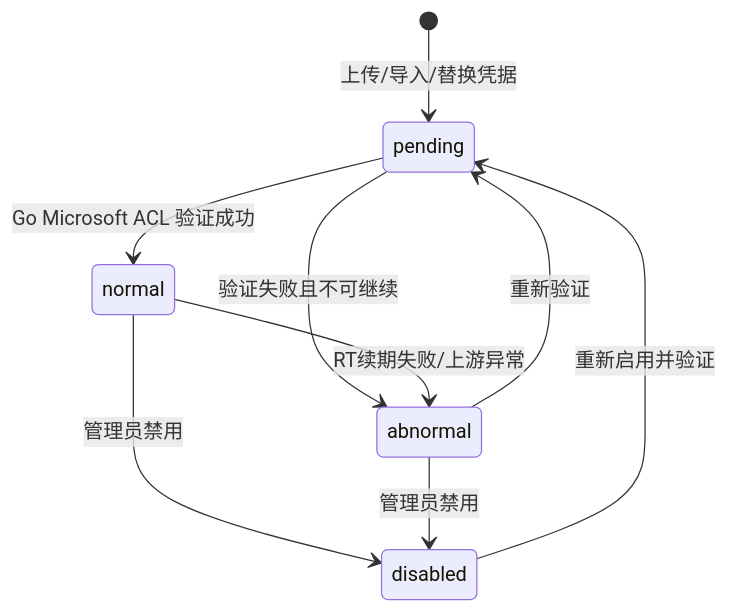
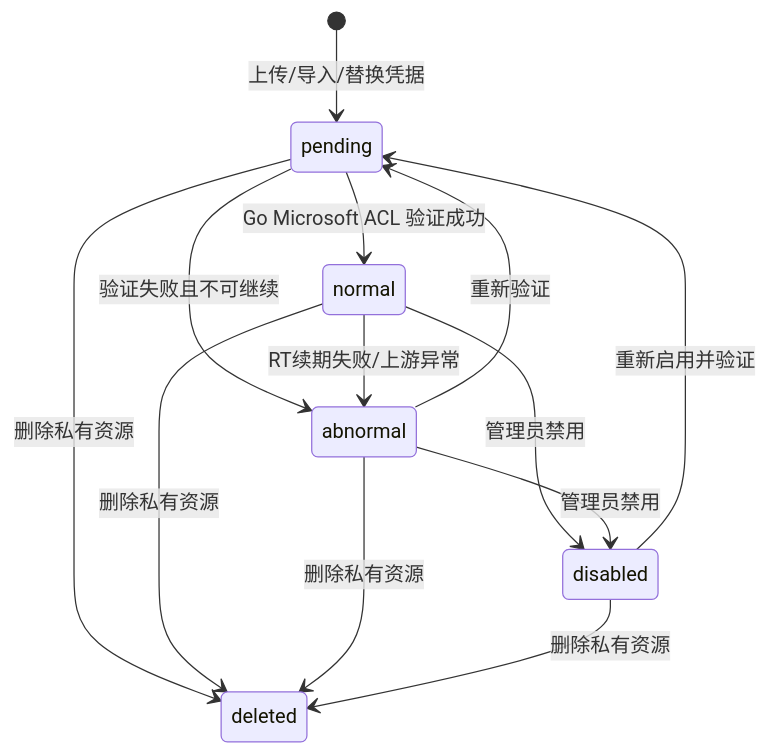
Before and after one commit to donnel666/remail: the first of 3 diagrams in docs/1-core-mailbox-project.md, drawn with Mermaid. The commit also changed other lines of this file and 40 other files, not shown here.

````diff
--- a/docs/1-core-mailbox-project.md
+++ b/docs/1-core-mailbox-project.md
@@ -94,11 +99,15 @@
 ```mermaid
 stateDiagram-v2
     [*] --> pending: 上传/导入/替换凭据
     pending --> normal: Go Microsoft ACL 验证成功
     pending --> abnormal: 验证失败且不可继续
     normal --> abnormal: RT续期失败/上游异常
     normal --> disabled: 管理员禁用
     abnormal --> pending: 重新验证
     abnormal --> disabled: 管理员禁用
     disabled --> pending: 重新启用并验证
+    pending --> deleted: 删除私有资源
+    normal --> deleted: 删除私有资源
+    abnormal --> deleted: 删除私有资源
+    disabled --> deleted: 删除私有资源
 ```
````
